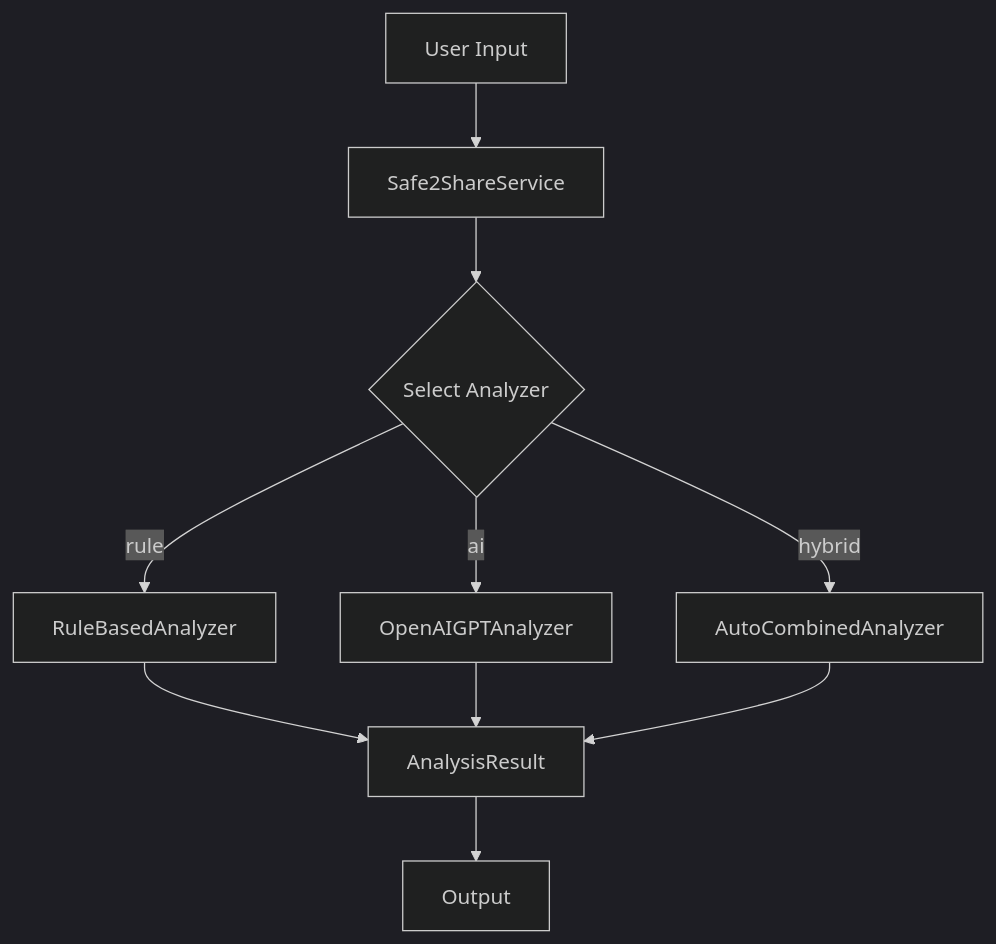
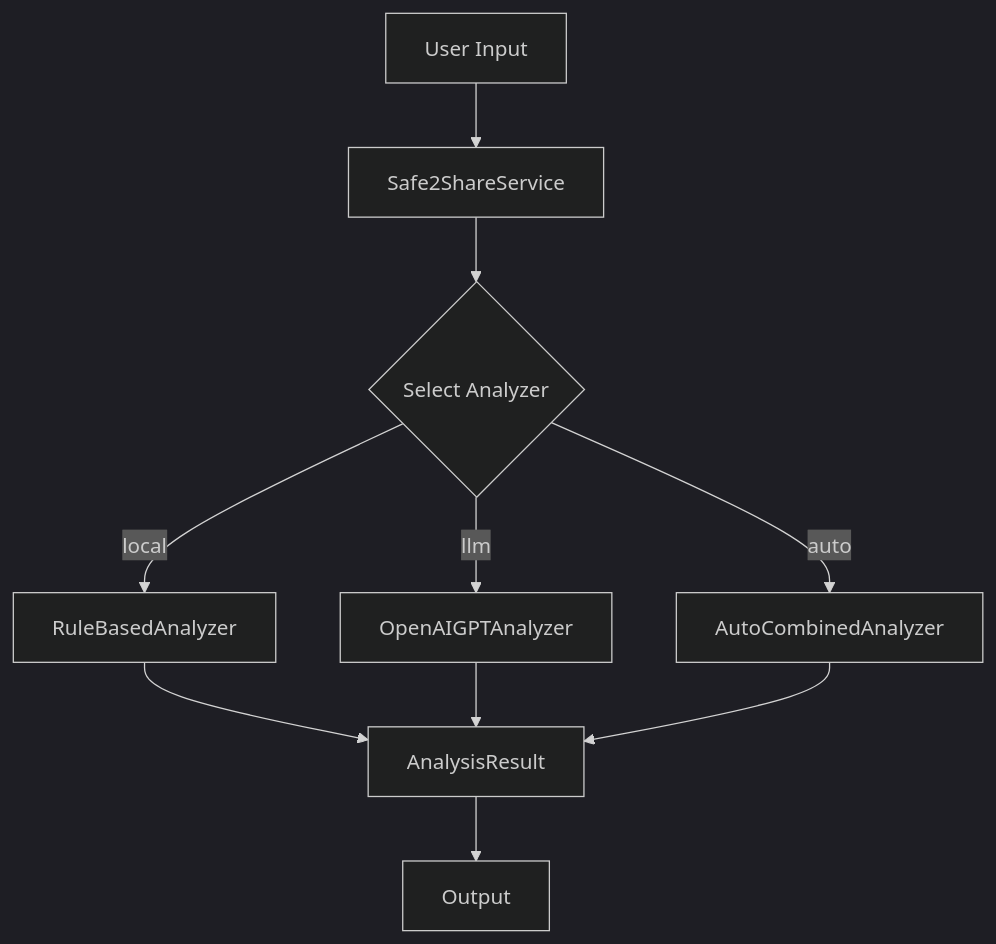
Before and after one commit to Aldo-Mendoza/safe2share-ai: the second of 2 diagrams in README.md, drawn with Mermaid (dark theme). The commit also changed other lines of this file, not shown here.

Commit message:
docs: align diagrams and terminology to provider-based API

````diff
--- a/README.md
+++ b/README.md
@@ -104,15 +104,15 @@
 ```mermaid
 flowchart TD
     A[User Input] --> B[Safe2ShareService]
     B --> C{Select Analyzer}
 
-    C -->|rule| D[RuleBasedAnalyzer]
-    C -->|ai| E[OpenAIGPTAnalyzer]
-    C -->|hybrid| F[AutoCombinedAnalyzer]
+    C -->|local| D[RuleBasedAnalyzer]
+    C -->|llm| E[OpenAIGPTAnalyzer]
+    C -->|auto| F[AutoCombinedAnalyzer]
 
     D --> G[AnalysisResult]
     E --> G
     F --> G
 
     G --> H[Output]
 ```
````
